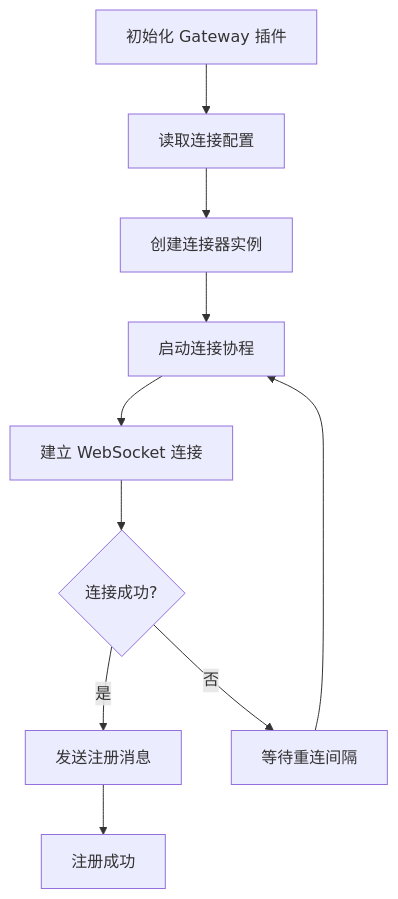
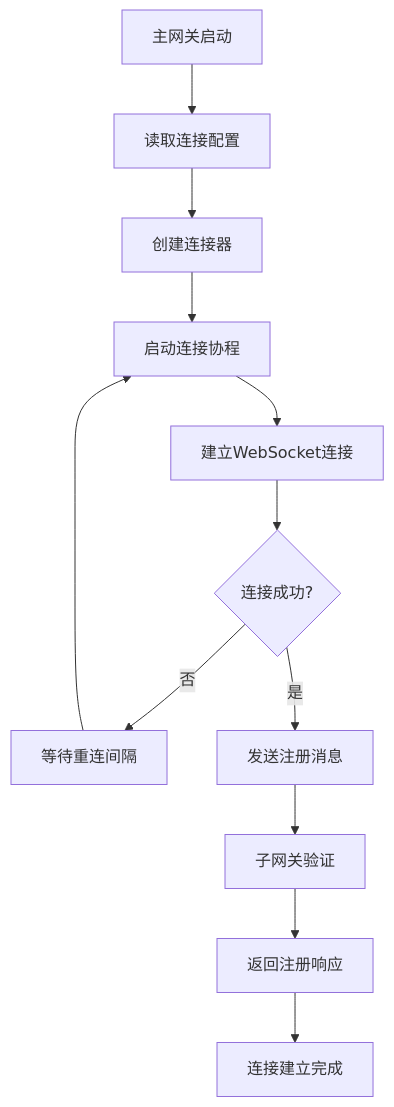
One commit to ibuilding-X/driver-box changed the second of 11 diagrams in pages/src/content/docs/exports/gateway.mdx. Above: the diagram before and after it, drawn with Mermaid. The commit also changed other lines of this file and 6 other files, not shown here.

````diff
--- a/pages/src/content/docs/exports/gateway.mdx
+++ b/pages/src/content/docs/exports/gateway.mdx
@@ -64,12 +168,14 @@
 ```mermaid
 graph TD
-    A[初始化 Gateway 插件] --> B[读取连接配置]
-    B --> C[创建连接器实例]
+    A[主网关启动] --> B[读取连接配置]
+    B --> C[创建连接器]
     C --> D[启动连接协程]
-    D --> E[建立 WebSocket 连接]
+    D --> E[建立WebSocket连接]
     E --> F{连接成功?}
-    F -->|是| G[发送注册消息]
-    F -->|否| H[等待重连间隔]
-    H --> D
-    G --> I[注册成功]
+    F -->|否| G[等待重连间隔]
+    G --> D
+    F -->|是| H[发送注册消息]
+    H --> I[子网关验证]
+    I --> J[返回注册响应]
+    J --> K[连接建立完成]
 ```
````
